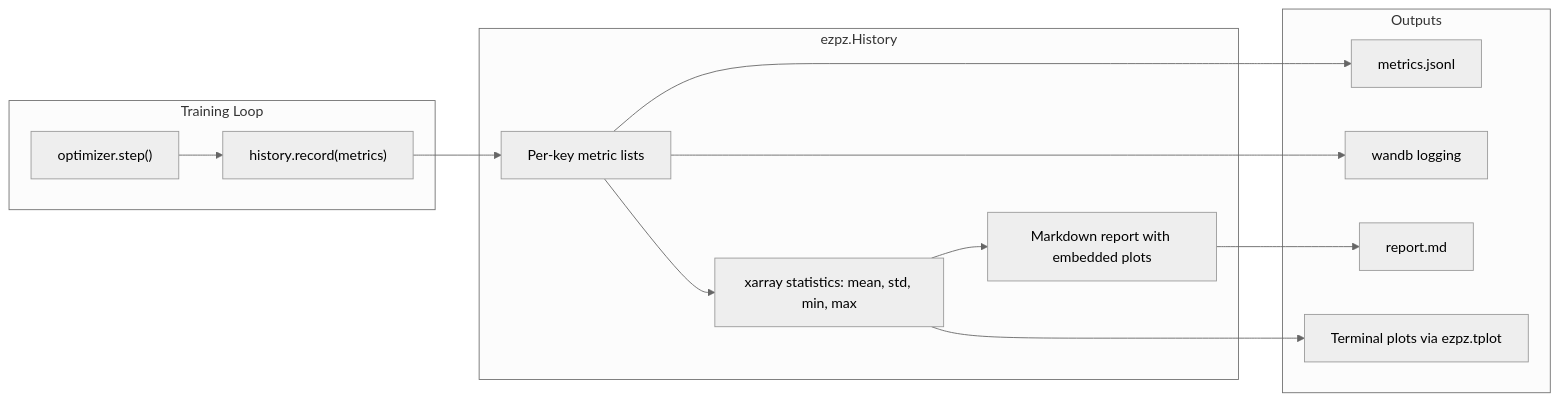
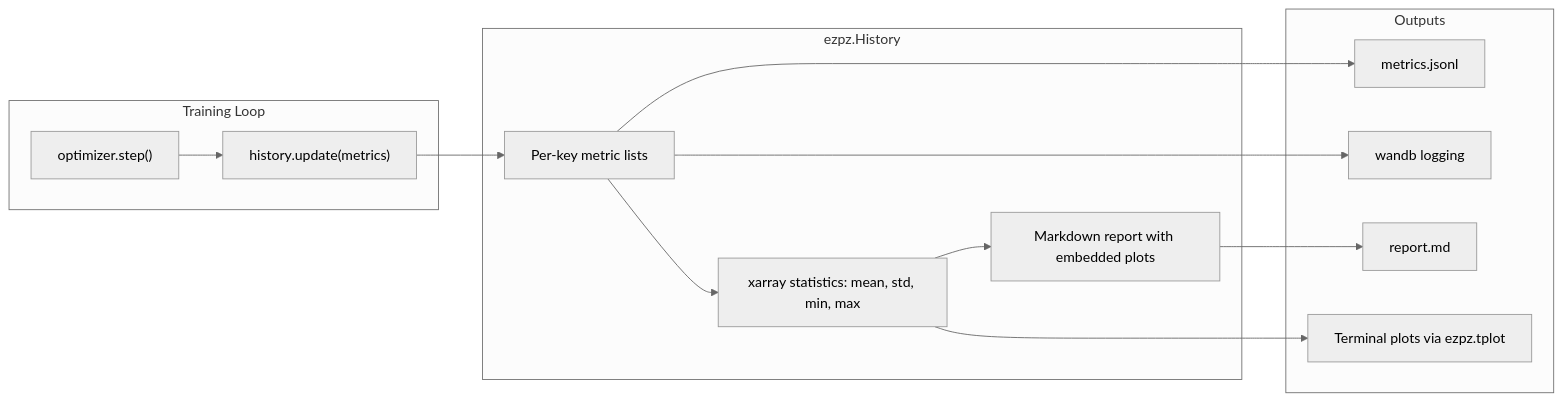
Diagram 14 of 17 in docs/notes/diagrams.md (saforem2/ezpz), drawn with Mermaid (neutral theme) before and after one commit. The commit also changed 8 other files, not shown here.

````diff
--- a/docs/notes/diagrams.md
+++ b/docs/notes/diagrams.md
@@ -532,27 +532,27 @@
 ```mermaid
 flowchart LR
     subgraph training["Training Loop"]
         step["optimizer.step()"]
-        record["history.record(metrics)"]
+        record["history.update(metrics)"]
     end
 
     subgraph history_mod["ezpz.History"]
         store["Per-key metric lists"]
         stats["xarray statistics: mean, std, min, max"]
         report["Markdown report with embedded plots"]
     end
 
     subgraph outputs["Outputs"]
         jsonl["metrics.jsonl"]
         wandb_out["wandb logging"]
         md["report.md"]
         tplot_out["Terminal plots via ezpz.tplot"]
     end
 
     step --> record --> store
     store --> stats --> report
     store --> jsonl
     store --> wandb_out
     report --> md
     stats --> tplot_out
 ```
````
